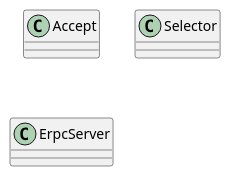
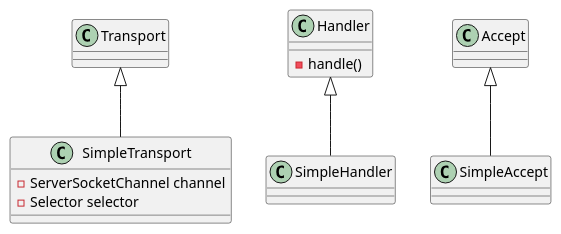
The first of 3 diagrams in readme.md (adanli/egg-rpc), drawn with PlantUML before and after one commit. The commit also changed other lines of this file, not shown here.

Commit message:
添加了transport层的uml图

````diff
--- a/readme.md
+++ b/readme.md
@@ -64,7 +64,15 @@
 ```puml
 @startuml
-class Accept
-class Selector
-class ErpcServer
+class Transport 
+class SimpleTransport {
+    {field} - ServerSocketChannel channel
+    {field} - Selector selector
+}
+Transport <|-- SimpleTransport
+class Handler {
+    {method} - handle()
+}
+Handler <|-- SimpleHandler
+Accept <|-- SimpleAccept
 @enduml
 ```
````
